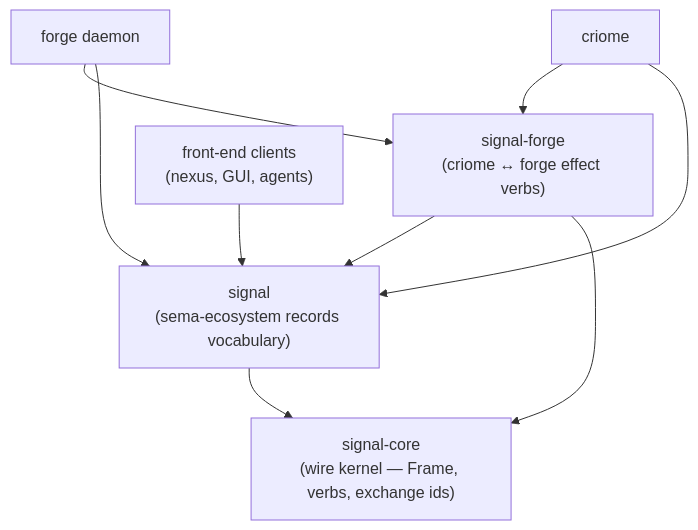
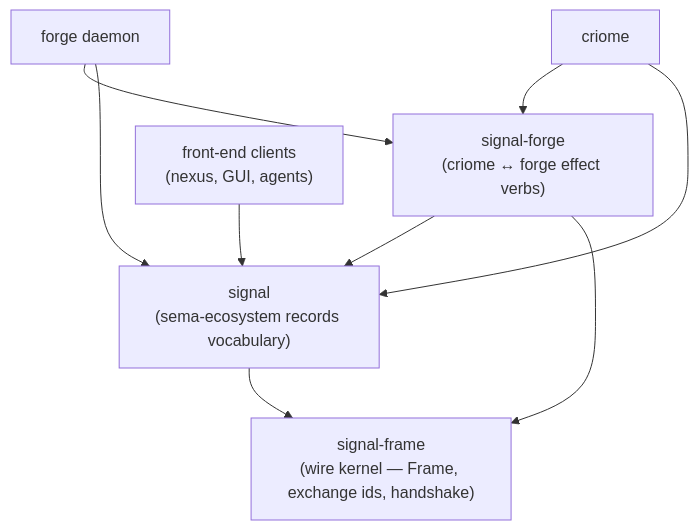
One commit to LiGoldragon/signal-forge changed the diagram in ARCHITECTURE.md. Above: the diagram before and after it, drawn with Mermaid. The commit also changed other lines of this file, not shown here.

Commit message:
signal-forge: align ARCH with three-layer model per /246-v4 (drop SignalVerb wrappers; move to signal-frame)

````diff
--- a/ARCHITECTURE.md
+++ b/ARCHITECTURE.md
@@ -47,20 +72,20 @@
 ```mermaid
 flowchart TB
-    core["signal-core<br/>(wire kernel — Frame, verbs, exchange ids)"]
+    frame["signal-frame<br/>(wire kernel — Frame, exchange ids, handshake)"]
     base["signal<br/>(sema-ecosystem records vocabulary)"]
     forge["signal-forge<br/>(criome ↔ forge effect verbs)"]
 
     front["front-end clients<br/>(nexus, GUI, agents)"]
     criome["criome"]
     forged["forge daemon"]
 
-    base --> core
-    forge --> core
+    base --> frame
+    forge --> frame
     forge --> base
 
     front --> base
     criome --> base
     criome --> forge
     forged --> base
     forged --> forge
 ```
````
